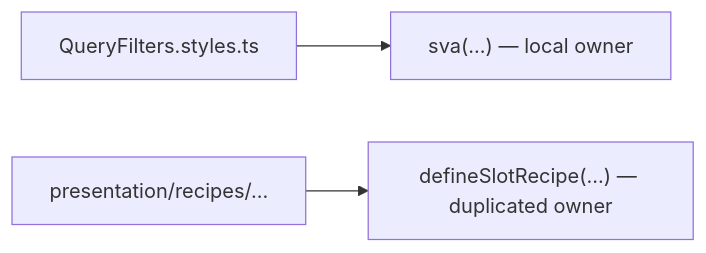
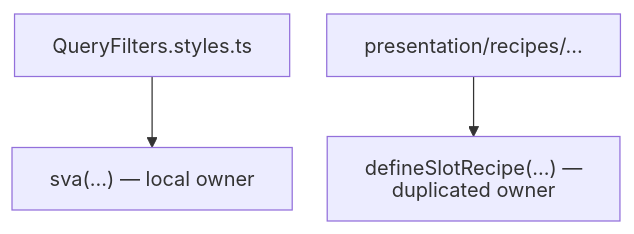
The third of 7 diagrams in architecture/frontend/styling-and-design-system.md (AndresTaoFlorez/software-architecture), drawn with Mermaid before and after one commit. The commit also changed other lines of this file and 79 other files, not shown here.

````diff
--- a/architecture/frontend/styling-and-design-system.md
+++ b/architecture/frontend/styling-and-design-system.md
@@ -207,5 +237,6 @@
 ```mermaid
-flowchart LR
+%%{init: {"htmlLabels": false, "flowchart": {"htmlLabels": false, "nodeSpacing": 28, "rankSpacing": 48, "diagramPadding": 20, "wrappingWidth": 280}, "sequence": {"wrap": true, "diagramMarginX": 20, "diagramMarginY": 20}}}%%
+flowchart TB
     L["QueryFilters.styles.ts"] --> S["sva(...) — local owner"]
-    G["presentation/recipes/..."] --> D["defineSlotRecipe(...) — duplicated owner"]
+    G["presentation/recipes/..."] --> D["defineSlotRecipe(...) —<br/>duplicated owner"]
 ```
````
